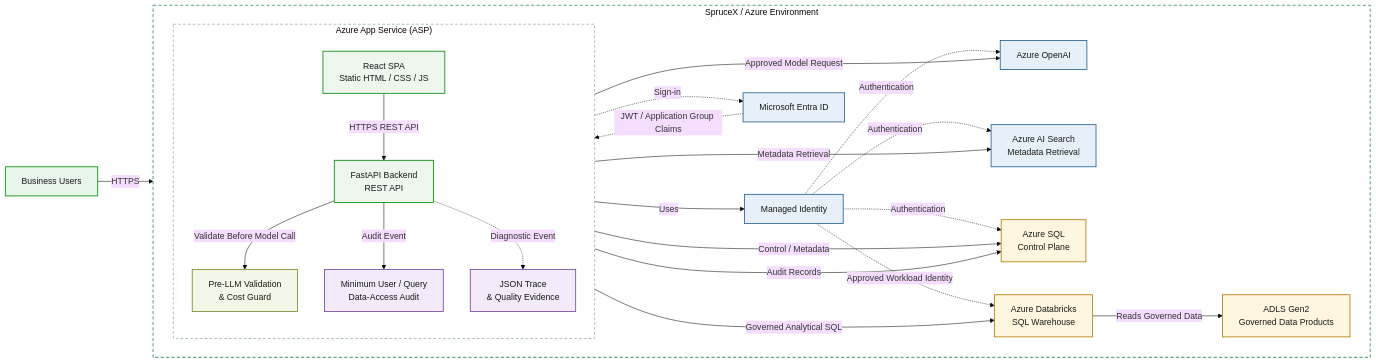
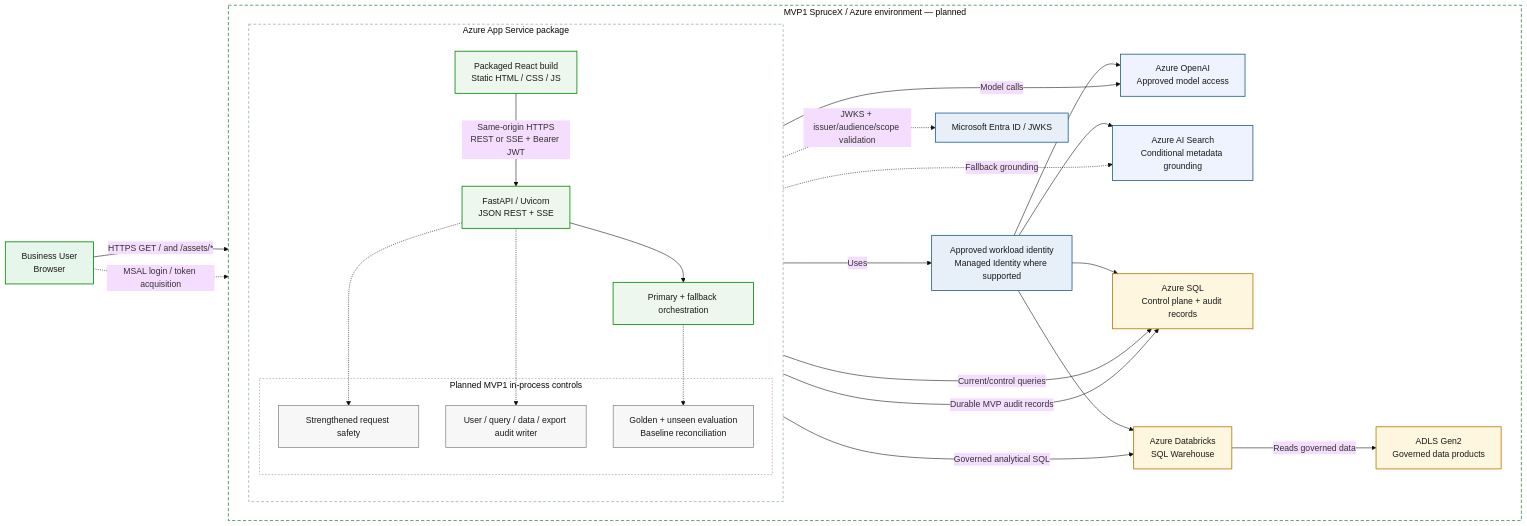
Before and after one commit to hesam-hakimi/usefull_prompt: the diagram in docs/architecture/mvp1/mvp1_architecture.md, drawn with Mermaid (base theme). The commit also changed other lines of this file, not shown here.

Commit message:
docs(architecture): correct MVP1 assumptions and auth flow

````diff
--- a/docs/architecture/mvp1/mvp1_architecture.md
+++ b/docs/architecture/mvp1/mvp1_architecture.md
@@ -9,63 +10,70 @@
 ```mermaid
 flowchart LR
-    user["Business Users"]
+    user["Business User<br/>Browser"]
 
-    subgraph sprucex["SpruceX / Azure Environment"]
+    subgraph sprucex["MVP1 SpruceX / Azure environment — planned"]
         direction LR
 
-        subgraph hosting["Azure App Service (ASP)"]
+        subgraph app["Azure App Service package"]
             direction TB
-            react["React SPA<br/>Static HTML / CSS / JS"]
-            api["FastAPI Backend<br/>REST API"]
-            safety["Pre-LLM Validation<br/>& Cost Guard"]
-            audit["Minimum User / Query<br/>Data-Access Audit"]
-            trace["JSON Trace<br/>& Quality Evidence"]
-            react -->|"HTTPS REST API"| api
-            api -->|"Validate Before Model Call"| safety
-            api -->|"Audit Event"| audit
-            api -.->|"Diagnostic Event"| trace
+            react["Packaged React build<br/>Static HTML / CSS / JS"]
+            api["FastAPI / Uvicorn<br/>JSON REST + SSE"]
+            runtime["Primary + fallback orchestration"]
+
+            subgraph controls["Planned MVP1 in-process controls"]
+                safety["Strengthened request safety"]
+                audit["User / query / data / export audit writer"]
+                quality["Golden + unseen evaluation<br/>Baseline reconciliation"]
+            end
+
+            react -->|"Same-origin HTTPS<br/>REST or SSE + Bearer JWT"| api
+            api --> runtime
+            api -.-> safety
+            api -.-> audit
+            runtime -.-> quality
         end
 
-        entra["Microsoft Entra ID"]
-        mi["Managed Identity"]
-        openai["Azure OpenAI"]
-        search["Azure AI Search<br/>Metadata Retrieval"]
-        sql["Azure SQL<br/>Control Plane"]
+        entra["Microsoft Entra ID / JWKS"]
+        mi["Approved workload identity<br/>Managed Identity where supported"]
+        openai["Azure OpenAI<br/>Approved model access"]
+        search["Azure AI Search<br/>Conditional metadata grounding"]
+        sql["Azure SQL<br/>Control plane + audit records"]
         dbsql["Azure Databricks<br/>SQL Warehouse"]
-        adls["ADLS Gen2<br/>Governed Data Products"]
+        adls["ADLS Gen2<br/>Governed data products"]
 
         api -->|"Uses"| mi
-        safety -->|"Approved Model Request"| openai
-        api -->|"Metadata Retrieval"| search
-        api -->|"Control / Metadata"| sql
-        audit -->|"Audit Records"| sql
-        api -->|"Governed Analytical SQL"| dbsql
-        dbsql -->|"Reads Governed Data"| adls
+        mi --> openai
+        mi --> search
+        mi --> sql
+        mi --> dbsql
 
-        mi -.->|"Authentication"| openai
-        mi -.->|"Authentication"| search
-        mi -.->|"Authentication"| sql
-        mi -.->|"Approved Workload Identity"| dbsql
+        runtime -->|"Current/control queries"| sql
+        runtime -.->|"Fallback grounding"| search
+        runtime -->|"Model calls"| openai
+        runtime -->|"Governed analytical SQL"| dbsql
+        dbsql -->|"Reads governed data"| adls
+        audit -->|"Durable MVP audit records"| sql
     end
 
-    user -->|"HTTPS"| react
-    react -.->|"Sign-in"| entra
-    entra -.->|"JWT / Application Group Claims"| api
+    user -->|"HTTPS GET / and /assets/*"| react
+    user -.->|"MSAL login / token acquisition"| entra
+    api -.->|"JWKS + issuer/audience/scope validation"| entra
 
-    classDef user fill:#e7f6eb,stroke:#008a00,stroke-width:1.5px,color:#1a1a1a;
+    classDef actor fill:#e7f6eb,stroke:#008a00,stroke-width:1.5px,color:#1a1a1a;
     classDef app fill:#eef7ee,stroke:#008a00,stroke-width:1.5px,color:#1a1a1a;
-    classDef control fill:#f3f7e8,stroke:#708b1e,stroke-width:1.5px,color:#1a1a1a;
-    classDef azure fill:#e7f0f9,stroke:#205e91,stroke-width:1.5px,color:#1a1a1a;
+    classDef control fill:#f7f7f7,stroke:#777777,stroke-width:1.2px,color:#1a1a1a;
+    classDef identity fill:#e7f0f9,stroke:#205e91,stroke-width:1.5px,color:#1a1a1a;
     classDef data fill:#fff6e0,stroke:#b77800,stroke-width:1.5px,color:#1a1a1a;
-    classDef telemetry fill:#f3eafa,stroke:#6f42a5,stroke-width:1.5px,color:#1a1a1a;
+    classDef ai fill:#eef3ff,stroke:#205e91,stroke-width:1.5px,color:#1a1a1a;
 
-    class user user;
-    class react,api app;
-    class safety control;
-    class entra,mi,openai,search azure;
+    class user actor;
+    class react,api,runtime app;
+    class safety,audit,quality control;
+    class entra,mi identity;
     class sql,dbsql,adls data;
-    class audit,trace telemetry;
+    class openai,search ai;
 
     style sprucex fill:#ffffff,stroke:#64a878,stroke-width:2px,stroke-dasharray:6 4
-    style hosting fill:#ffffff,stroke:#9ab7a7,stroke-width:1.5px,stroke-dasharray:5 4
+    style app fill:#ffffff,stroke:#9ab7a7,stroke-width:1.5px,stroke-dasharray:5 4
+    style controls fill:#ffffff,stroke:#999999,stroke-width:1.1px,stroke-dasharray:3 3
 ```
````
